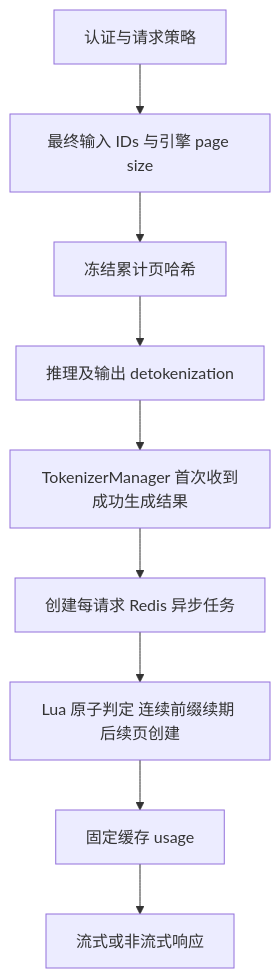
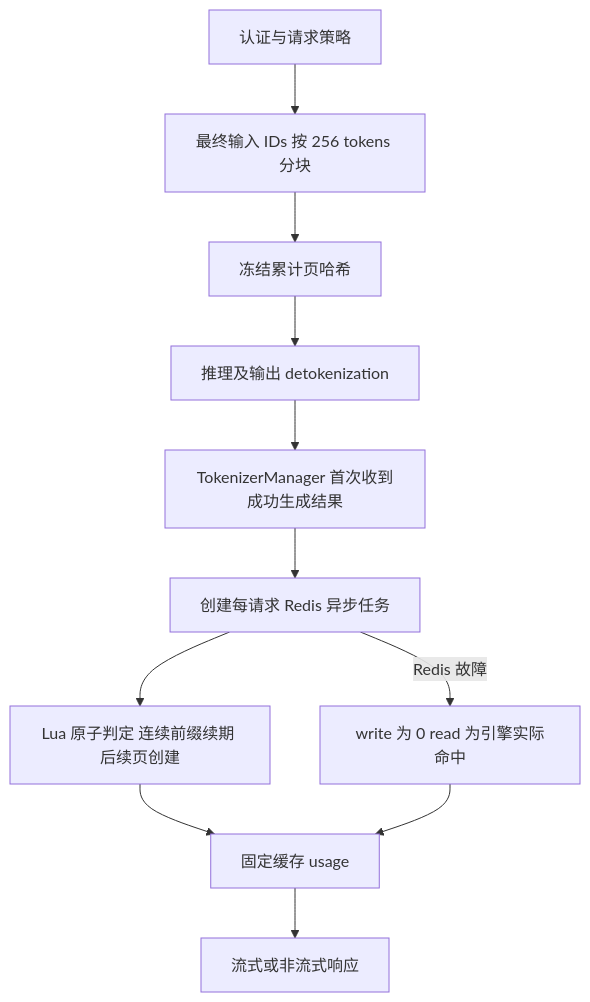
The diagram in redis-cache-accounting-plan.md (Infrawaves/sglang), drawn with Mermaid before and after one commit. The commit also changed other lines of this file and 14 other files, not shown here.

````diff
--- a/redis-cache-accounting-plan.md
+++ b/redis-cache-accounting-plan.md
@@ -55,11 +56,13 @@
 ```mermaid
 flowchart TD
-    A[认证与请求策略] --> B[最终输入 IDs 与引擎 page size]
+    A[认证与请求策略] --> B[最终输入 IDs 按 256 tokens 分块]
     B --> C[冻结累计页哈希]
     C --> D[推理及输出 detokenization]
     D --> E[TokenizerManager 首次收到成功生成结果]
     E --> F[创建每请求 Redis 异步任务]
     F --> G[Lua 原子判定 连续前缀续期 后续页创建]
     G --> H[固定缓存 usage]
+    F -->|Redis 故障| J[write 为 0 read 为引擎实际命中]
+    J --> H
     H --> I[流式或非流式响应]
 ```
````
